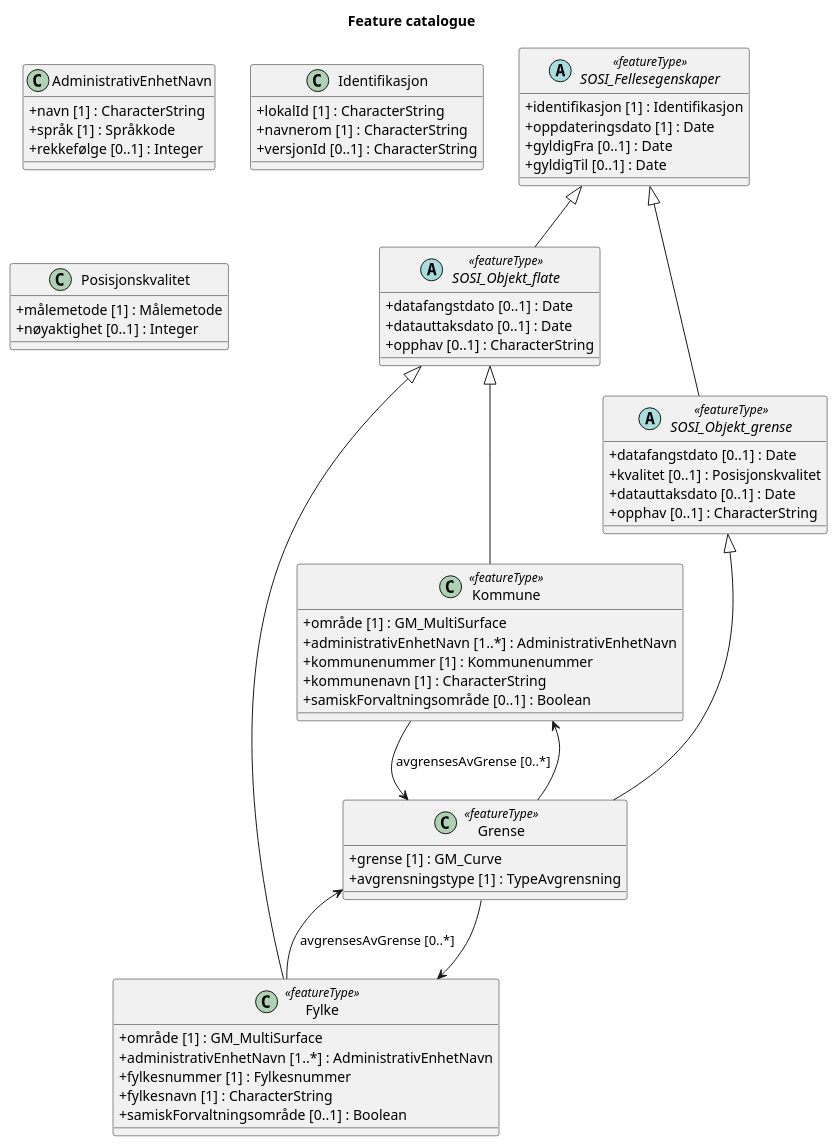
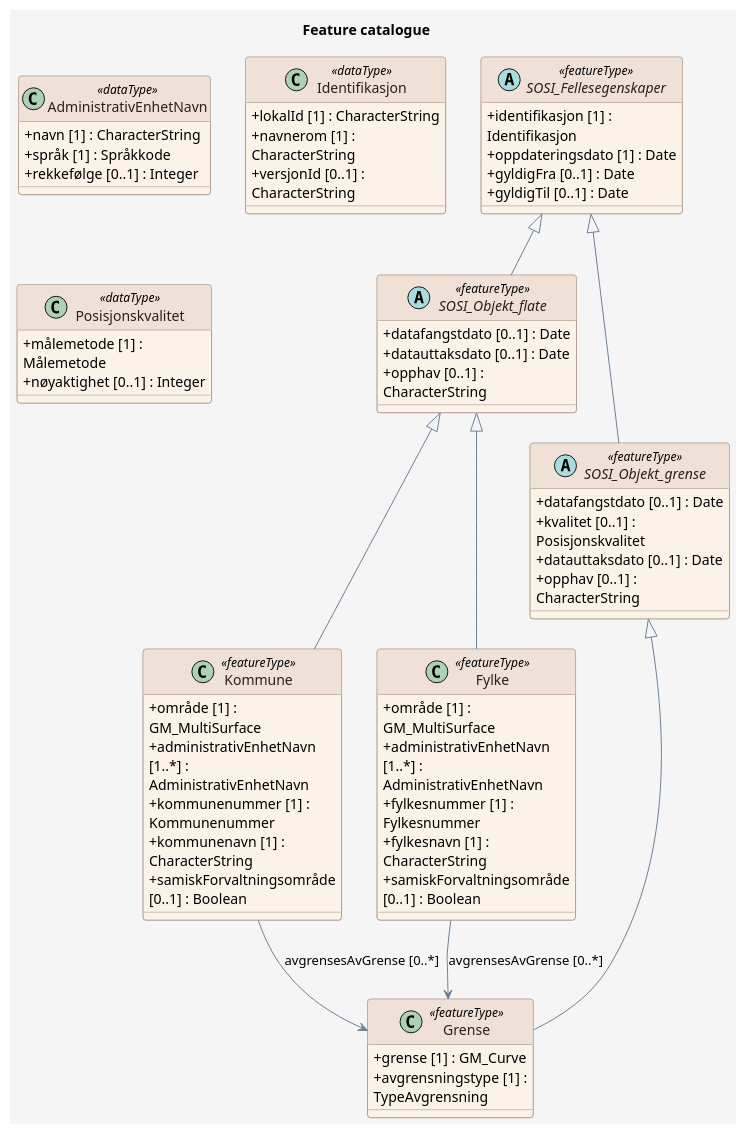
The diagram in feature_catalogue_nonotes.puml (Arkitektum/ps.editor.actions), drawn with PlantUML before and after one commit. The commit also changed 5 other files, not shown here.

```diff
--- a/feature_catalogue_nonotes.puml
+++ b/feature_catalogue_nonotes.puml
@@ -1,76 +1,97 @@
 @startuml
+' For wide diagrams, render with: plantuml -DPLANTUML_LIMIT_SIZE=16384 ...
+' The 'scale max' directive below caps the rendered output to prevent the
+' default PlantUML 4096px size limit from cropping the diagram.
+scale max 4000*4000
+
 title Feature catalogue
 
+skinparam backgroundColor #F5F5F5
+skinparam shadowing false
+skinparam RoundCorner 6
+skinparam ArrowColor #6C8198
+skinparam wrapWidth 200
 skinparam class {
+  BackgroundColor #FBF2E8
+  BorderColor #9C8578
+  FontColor #2D201A
+  HeaderBackgroundColor #EFE1D6
+  HeaderFontColor #2D201A
   AttributeIconSize 0
 }
+skinparam note {
+  BackgroundColor #FFFFFF
+  BorderColor #6C8198
+  FontColor #2D201A
+}
+skinparam stereotypeCBackgroundColor #EAD9CE
+skinparam stereotypeCBorderColor #9C8578
+skinparam stereotypeCFontColor #2D201A
 
 class Kommune <<featureType>> {
   + område [1] : GM_MultiSurface
   + administrativEnhetNavn [1..*] : AdministrativEnhetNavn
   + kommunenummer [1] : Kommunenummer
   + kommunenavn [1] : CharacterString
   + samiskForvaltningsområde [0..1] : Boolean
 }
 
 abstract class SOSI_Objekt_flate <<featureType>> {
   + datafangstdato [0..1] : Date
   + datauttaksdato [0..1] : Date
   + opphav [0..1] : CharacterString
 }
 
 class Grense <<featureType>> {
   + grense [1] : GM_Curve
   + avgrensningstype [1] : TypeAvgrensning
 }
 
 abstract class SOSI_Fellesegenskaper <<featureType>> {
   + identifikasjon [1] : Identifikasjon
   + oppdateringsdato [1] : Date
   + gyldigFra [0..1] : Date
   + gyldigTil [0..1] : Date
 }
 
 abstract class SOSI_Objekt_grense <<featureType>> {
   + datafangstdato [0..1] : Date
   + kvalitet [0..1] : Posisjonskvalitet
   + datauttaksdato [0..1] : Date
   + opphav [0..1] : CharacterString
 }
 
 class Fylke <<featureType>> {
   + område [1] : GM_MultiSurface
   + administrativEnhetNavn [1..*] : AdministrativEnhetNavn
   + fylkesnummer [1] : Fylkesnummer
   + fylkesnavn [1] : CharacterString
   + samiskForvaltningsområde [0..1] : Boolean
 }
 
-class AdministrativEnhetNavn {
+class AdministrativEnhetNavn <<dataType>> {
   + navn [1] : CharacterString
   + språk [1] : Språkkode
   + rekkefølge [0..1] : Integer
 }
 
-class Identifikasjon {
+class Identifikasjon <<dataType>> {
   + lokalId [1] : CharacterString
   + navnerom [1] : CharacterString
   + versjonId [0..1] : CharacterString
 }
 
-class Posisjonskvalitet {
+class Posisjonskvalitet <<dataType>> {
   + målemetode [1] : Målemetode
   + nøyaktighet [0..1] : Integer
 }
 
 SOSI_Objekt_flate <|-- Kommune
 Kommune --> Grense : avgrensesAvGrense [0..*]
 SOSI_Fellesegenskaper <|-- SOSI_Objekt_flate
 SOSI_Objekt_grense <|-- Grense
-Grense --> Kommune
-Grense --> Fylke
 SOSI_Fellesegenskaper <|-- SOSI_Objekt_grense
 SOSI_Objekt_flate <|-- Fylke
 Fylke --> Grense : avgrensesAvGrense [0..*]
 
 @enduml
```
